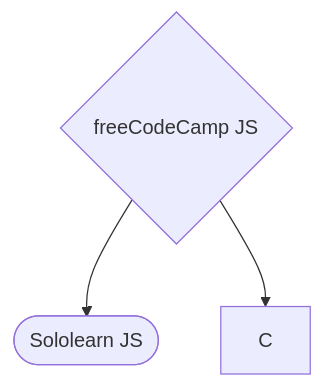
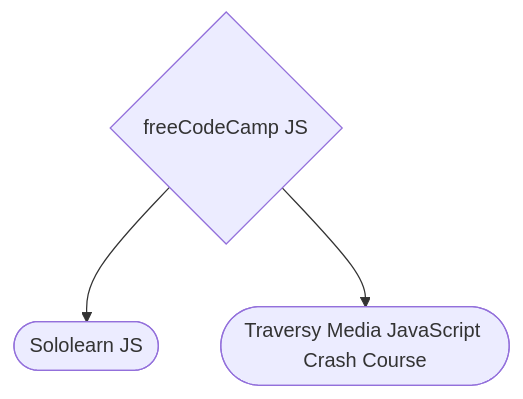
One commit to bazankamil/PersonalRoadmap changed the ninth of 9 diagrams in README.md. Above: the diagram before and after it, drawn with Mermaid. The commit also changed other lines of this file, not shown here.

````diff
--- a/README.md
+++ b/README.md
@@ -169,5 +169,5 @@
 ```mermaid
 flowchart
 A{freeCodeCamp JS}-->B([Sololearn JS])
-A-->C
+A-->C([Traversy Media JavaScript Crash Course])
 ```
````
